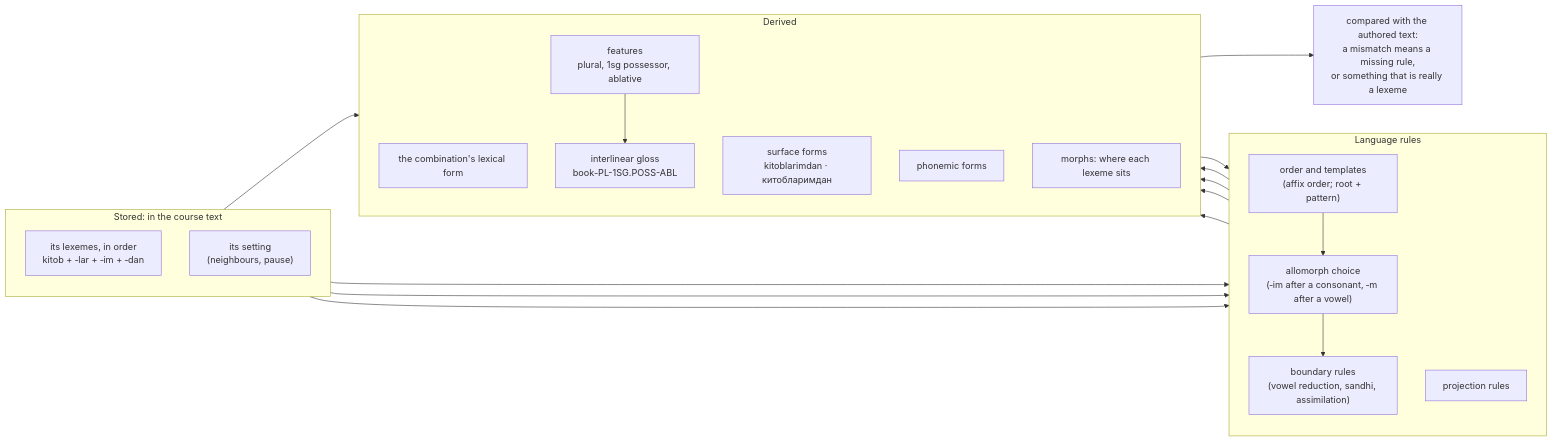
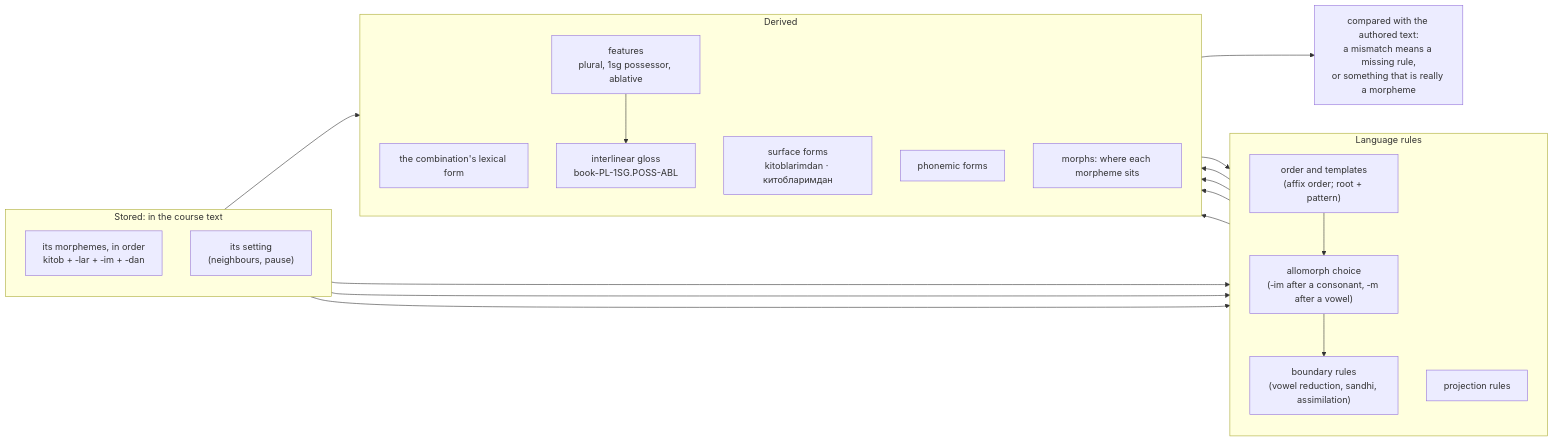
Before and after one commit to iwsfutcmd/nabu: the second of 3 diagrams in docs/lexeme-model.md, drawn with Mermaid. The commit also changed other lines of this file and 1 other file, not shown here.

First line of the commit message:
docs: rename to concept > lexeme > morpheme > allomorph

````diff
--- a/docs/lexeme-model.md
+++ b/docs/lexeme-model.md
@@ -268,37 +259,37 @@
 ```mermaid
 flowchart LR
   subgraph IN["Stored: in the course text"]
     direction TB
-    T1["its lexemes, in order<br/>kitob + ‑lar + ‑im + ‑dan"]
+    T1["its morphemes, in order<br/>kitob + ‑lar + ‑im + ‑dan"]
     T2["its setting<br/>(neighbours, pause)"]
   end
 
   subgraph RULES["Language rules"]
     direction TB
     C3["order and templates<br/>(affix order; root + pattern)"]
     C1["allomorph choice<br/>(‑im after a consonant, ‑m after a vowel)"]
     C2["boundary rules<br/>(vowel reduction, sandhi, assimilation)"]
     P1["projection rules"]
   end
 
   subgraph OUT["Derived"]
     direction TB
     O1["the combination's lexical form"]
     O2["surface forms<br/>kitoblarimdan · китобларимдан"]
     O3["phonemic forms"]
     O4["features<br/>plural, 1sg possessor, ablative"]
     O5["interlinear gloss<br/>book-PL-1SG.POSS-ABL"]
-    O6["morphs: where each lexeme sits"]
+    O6["morphs: where each morpheme sits"]
   end
 
-  CHECK["compared with the authored text:<br/>a mismatch means a missing rule,<br/>or something that is really a lexeme"]
+  CHECK["compared with the authored text:<br/>a mismatch means a missing rule,<br/>or something that is really a morpheme"]
 
   T1 --> C3 --> C1 --> C2 --> O1 --> P1
   T2 --> C1
   T2 --> C2
   P1 --> O2
   P1 --> O3
   T1 --> O4 --> O5
   C2 --> O6
   O2 --> CHECK
 ```
````
